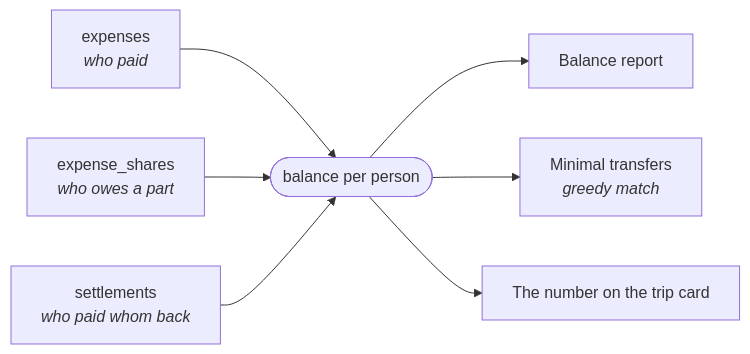
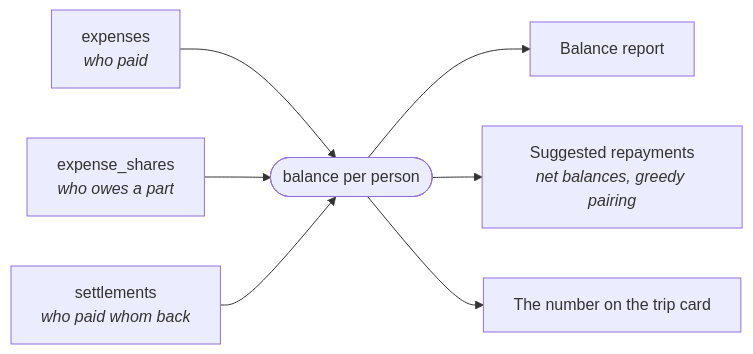
Before and after one commit to ghiacciolodev/ToDoTrip: the seventh of 9 diagrams in docs/ARCHITECTURE.md, drawn with Mermaid. The commit also changed other lines of this file and 11 other files, not shown here.

````diff
--- a/docs/ARCHITECTURE.md
+++ b/docs/ARCHITECTURE.md
@@ -304,9 +315,9 @@
 ```mermaid
 flowchart LR
     e["expenses<br/><i>who paid</i>"] --> b(["balance per person"])
     s["expense_shares<br/><i>who owes a part</i>"] --> b
     t["settlements<br/><i>who paid whom back</i>"] --> b
     b --> rep["Balance report"]
-    b --> min["Minimal transfers<br/><i>greedy match</i>"]
+    b --> repay["Suggested repayments<br/><i>net balances, greedy pairing</i>"]
     b --> card["The number on the trip card"]
 ```
````
